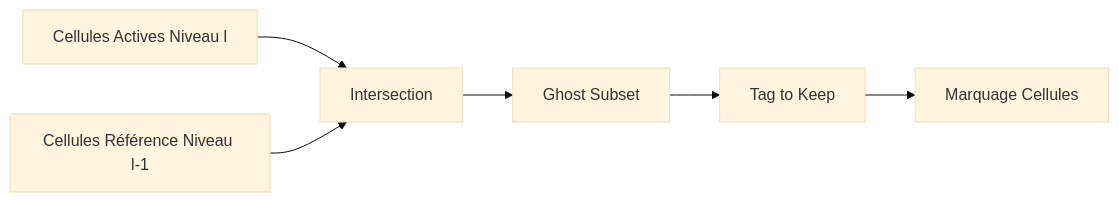
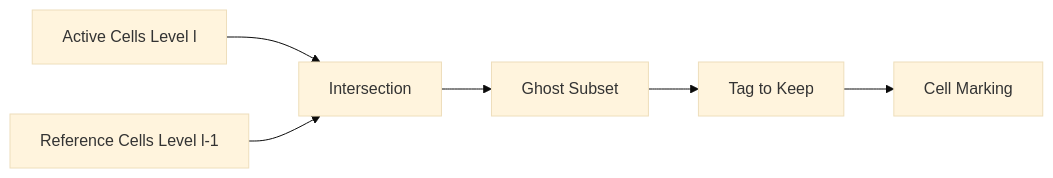
Before and after one commit to sbstndb/samurai: the third of 7 diagrams in docs/graduation_algorithm.md, drawn with Mermaid (base theme). The commit also changed other lines of this file and 8 other files, not shown here.

````diff
--- a/docs/graduation_algorithm.md
+++ b/docs/graduation_algorithm.md
@@ -106,8 +106,8 @@
 ```mermaid
 graph LR
-    A[Cellules Actives Niveau l] --> B[Intersection]
-    C[Cellules Référence Niveau l-1] --> B
+    A[Active Cells Level l] --> B[Intersection]
+    C[Reference Cells Level l-1] --> B
     B --> D[Ghost Subset]
     D --> E[Tag to Keep]
-    E --> F[Marquage Cellules]
+    E --> F[Cell Marking]
 ```
````
